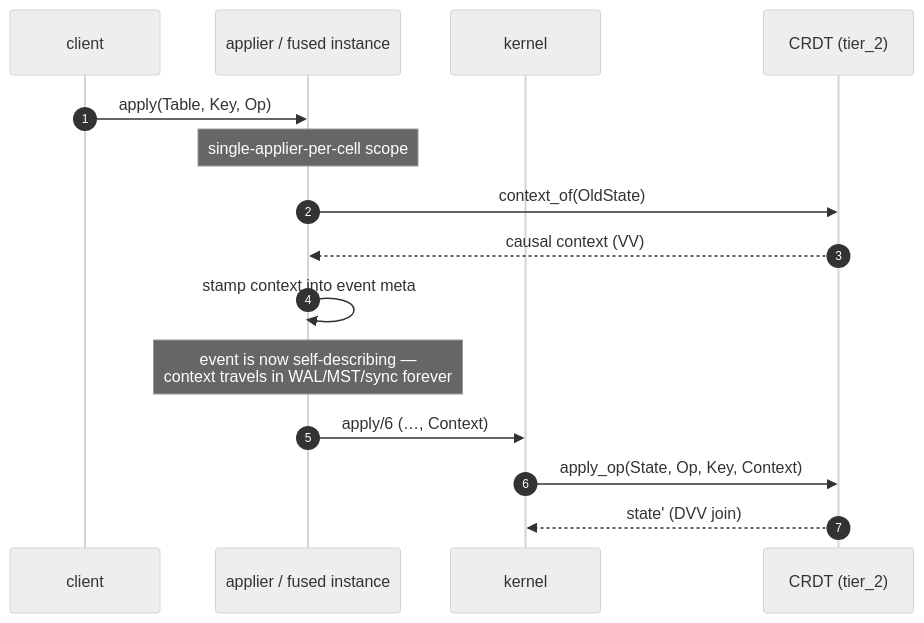
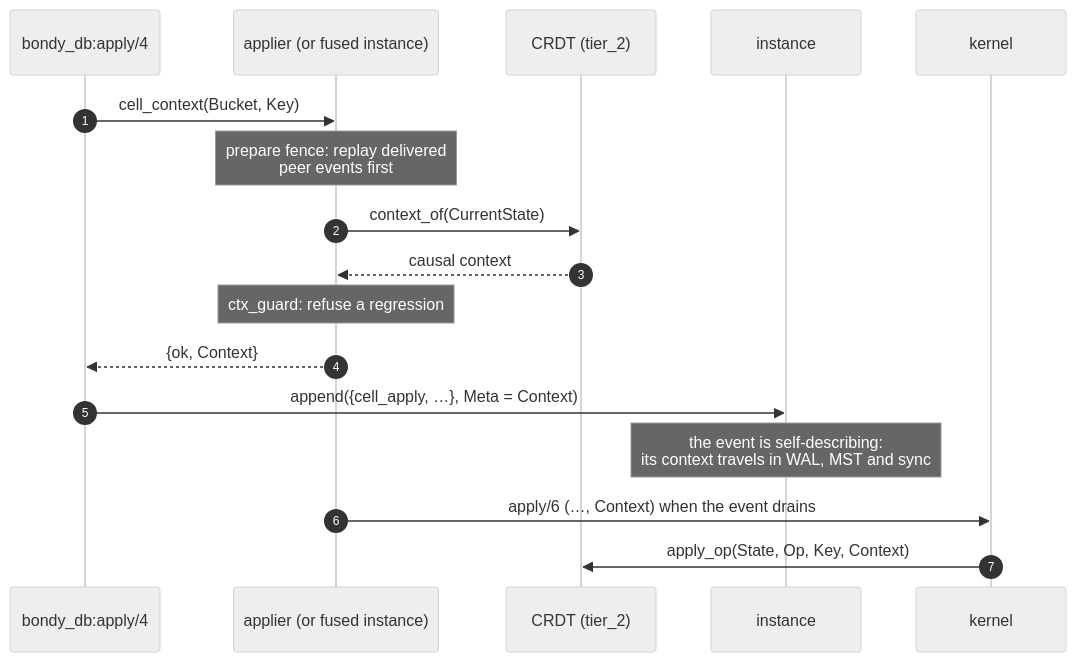
One commit to bondy-io/bondy changed the third of 5 diagrams in apps/bondy_db/doc_extras/architecture/05_crdt_model.md. Above: the diagram before and after it, drawn with Mermaid (neutral theme). The commit also changed other lines of this file and 449 other files, not shown here.

````diff
--- a/apps/bondy_db/doc_extras/architecture/05_crdt_model.md
+++ b/apps/bondy_db/doc_extras/architecture/05_crdt_model.md
@@ -186,18 +203,20 @@
 ```mermaid
 sequenceDiagram
     autonumber
-    participant C as client
-    participant A as applier / fused instance
+    participant C as bondy_db:apply/4
+    participant A as applier (or fused instance)
+    participant M as CRDT (tier_2)
+    participant I as instance
     participant K as kernel
-    participant M as CRDT (tier_2)
 
-    C->>A: apply(Table, Key, Op)
-    Note over A: single-applier-per-cell scope
-    A->>M: context_of(OldState)
-    M-->>A: causal context (VV)
-    A->>A: stamp context into event meta
-    Note over A: event is now self-describing —<br/>context travels in WAL/MST/sync forever
-    A->>K: apply/6 (…, Context)
+    C->>A: cell_context(Bucket, Key)
+    Note over A: prepare fence: replay delivered<br/>peer events first
+    A->>M: context_of(CurrentState)
+    M-->>A: causal context
+    Note over A: ctx_guard: refuse a regression
+    A-->>C: {ok, Context}
+    C->>I: append({cell_apply, …}, Meta = Context)
+    Note over I: the event is self-describing:<br/>its context travels in WAL, MST and sync
+    A->>K: apply/6 (…, Context) when the event drains
     K->>M: apply_op(State, Op, Key, Context)
-    M-->>K: state' (DVV join)
 ```
````
